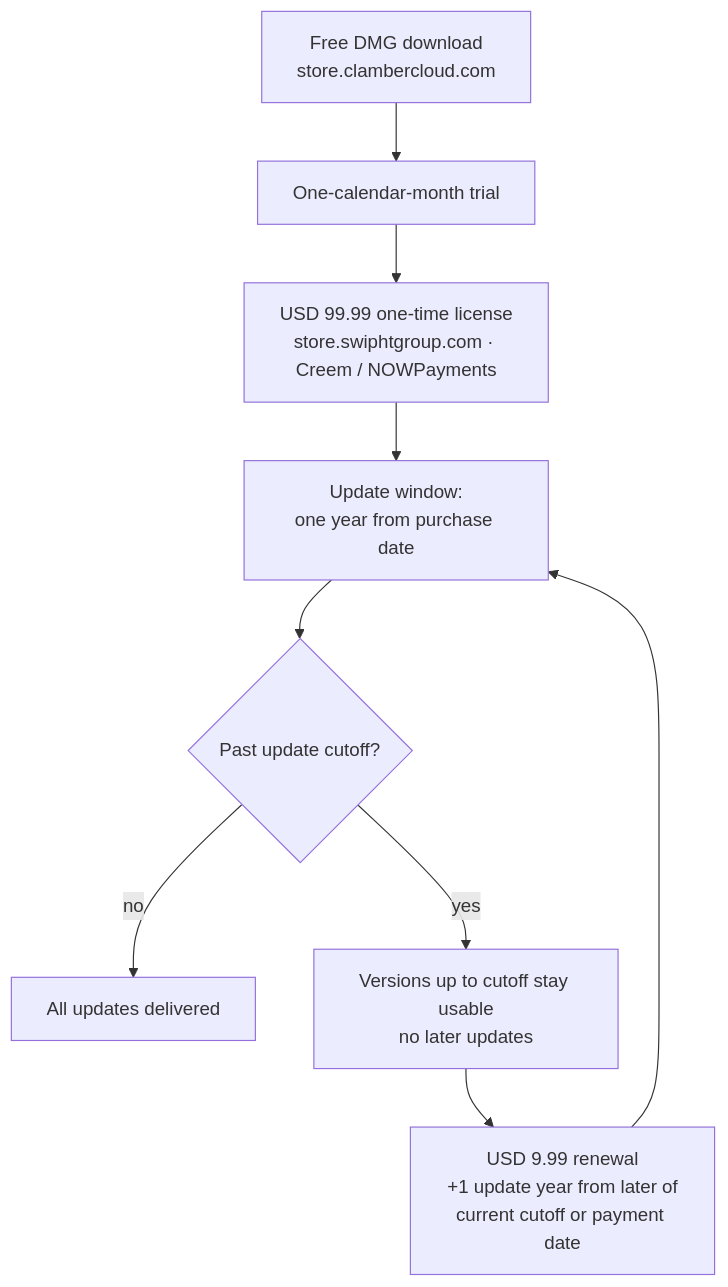
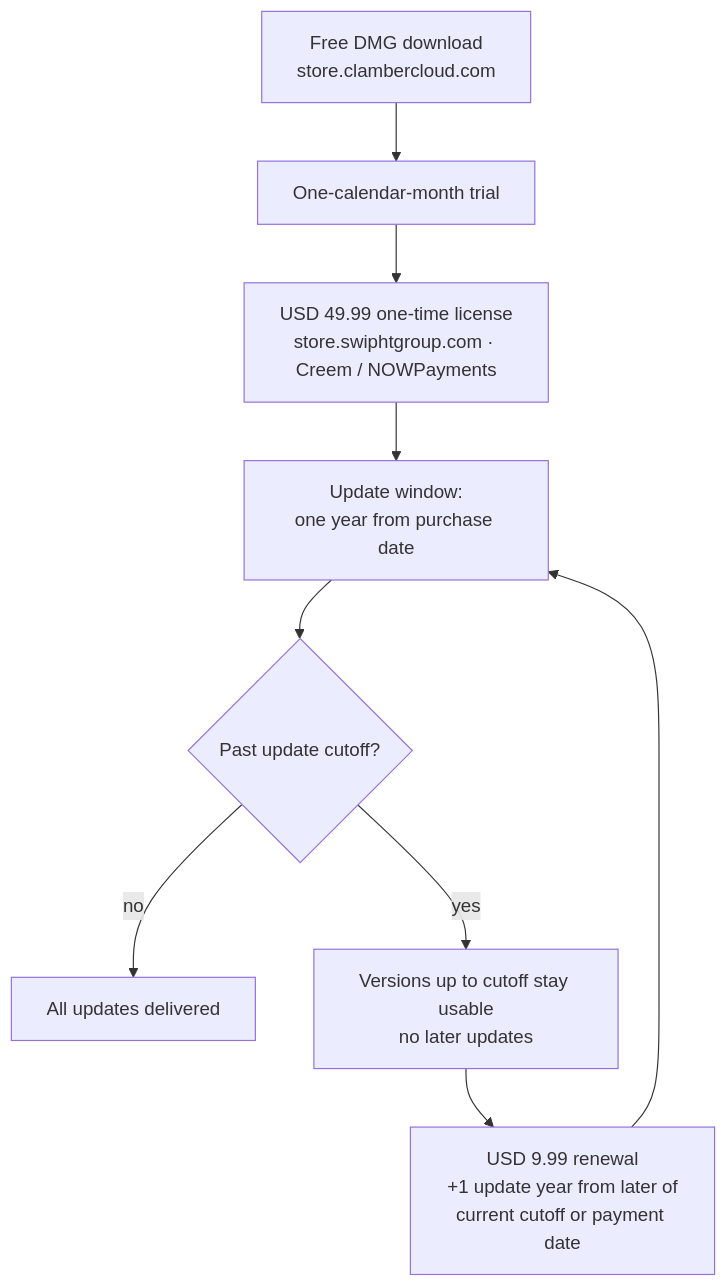
The diagram in docs/distribution.md (JohnThre/clambhook), drawn with Mermaid before and after one commit. The commit also changed other lines of this file and 20 other files, not shown here.

Commit message:
chore: update license terms to USD 49.99 and 3 active devices

````diff
--- a/docs/distribution.md
+++ b/docs/distribution.md
@@ -7,11 +7,11 @@
 ```mermaid
 flowchart TD
     dl["Free DMG download<br/>store.clambercloud.com"] --> trial["One-calendar-month trial"]
-    trial --> buy["USD 99.99 one-time license<br/>store.swiphtgroup.com · Creem / NOWPayments"]
+    trial --> buy["USD 49.99 one-time license<br/>store.swiphtgroup.com · Creem / NOWPayments"]
     buy --> window["Update window:<br/>one year from purchase date"]
     window --> cutoff{Past update cutoff?}
     cutoff -->|no| updates["All updates delivered"]
     cutoff -->|yes| frozen["Versions up to cutoff stay usable<br/>no later updates"]
     frozen --> renew["USD 9.99 renewal<br/>+1 update year from later of<br/>current cutoff or payment date"]
     renew --> window
 ```
````
